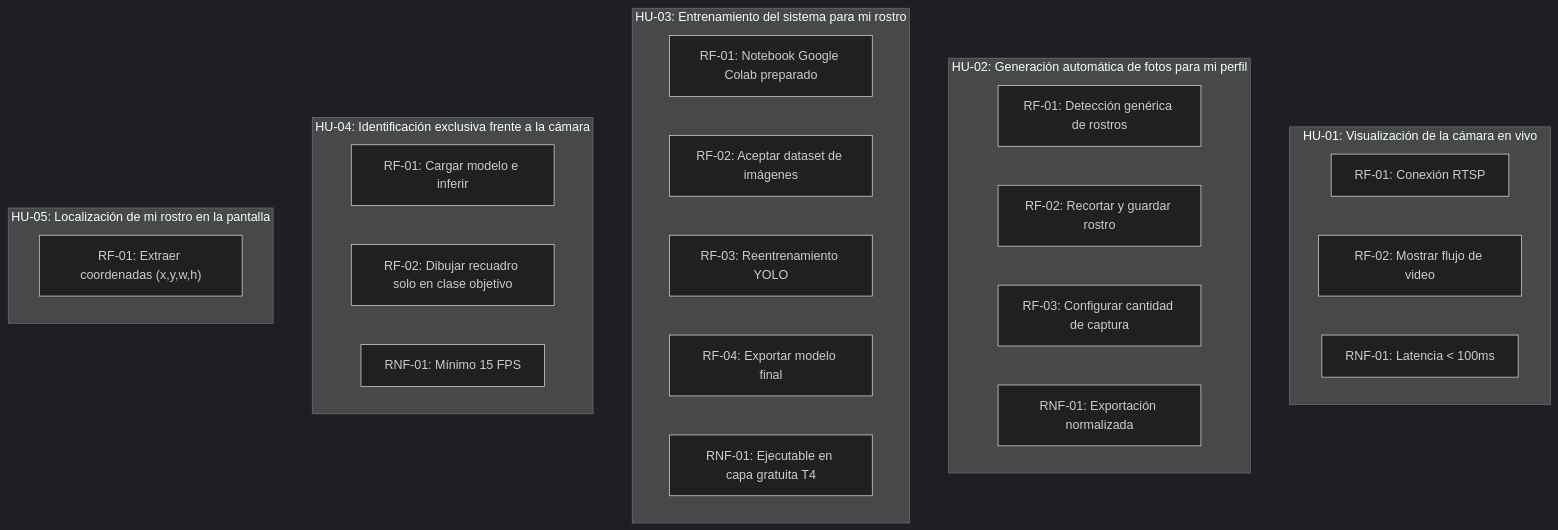
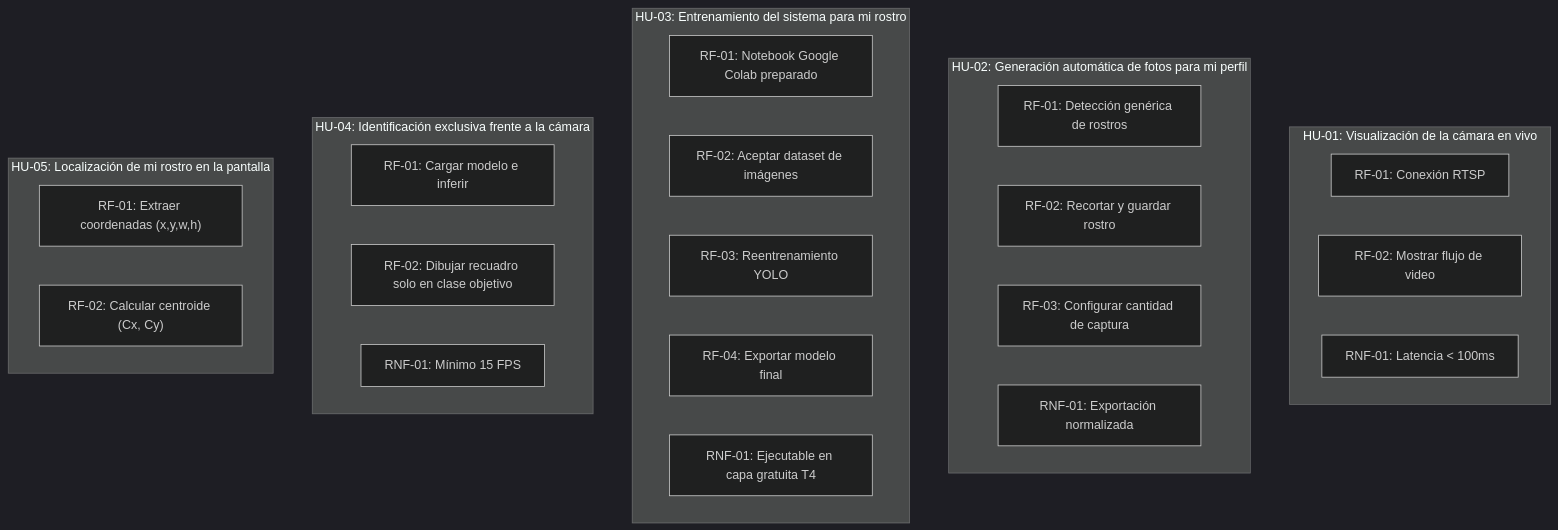
One commit to fiemcasals/seguidorCam changed the diagram in docs/grafo.md. Above: the diagram before and after it, drawn with Mermaid (dark theme). The commit also changed other lines of this file, not shown here.

````diff
--- a/docs/grafo.md
+++ b/docs/grafo.md
@@ -5,29 +5,30 @@
 ```mermaid
 graph TD
   subgraph US_1785973986502["HU-01: Visualización de la cámara en vivo"]
     REQ_1785974832467["RF-01: Conexión RTSP"]
     REQ_1785974833072["RF-02: Mostrar flujo de video"]
     REQ_1785974833983["RNF-01: Latencia < 100ms"]
   end
   subgraph US_1785973986827["HU-02: Generación automática de fotos para mi perfil"]
     REQ_1785974834220["RF-01: Detección genérica de rostros"]
     REQ_1785974834478["RF-02: Recortar y guardar rostro"]
     REQ_1785974835053["RF-03: Configurar cantidad de captura"]
     REQ_1785974835757["RNF-01: Exportación normalizada"]
   end
   subgraph US_1785973987016["HU-03: Entrenamiento del sistema para mi rostro"]
     REQ_1785974835958["RF-01: Notebook Google Colab preparado"]
     REQ_1785974838027["RF-02: Aceptar dataset de imágenes"]
     REQ_1785974838161["RF-03: Reentrenamiento YOLO"]
     REQ_1785974838308["RF-04: Exportar modelo final"]
     REQ_1785974840878["RNF-01: Ejecutable en capa gratuita T4"]
   end
   subgraph US_1785973987206["HU-04: Identificación exclusiva frente a la cámara"]
     REQ_1785974842418["RF-01: Cargar modelo e inferir"]
     REQ_1785974843644["RF-02: Dibujar recuadro solo en clase objetivo"]
     REQ_1785974843884["RNF-01: Mínimo 15 FPS"]
   end
   subgraph US_1785973987388["HU-05: Localización de mi rostro en la pantalla"]
     REQ_1785974846222["RF-01: Extraer coordenadas (x,y,w,h)"]
+    REQ_1785974849536["RF-02: Calcular centroide (Cx, Cy)"]
   end
 ```
````
